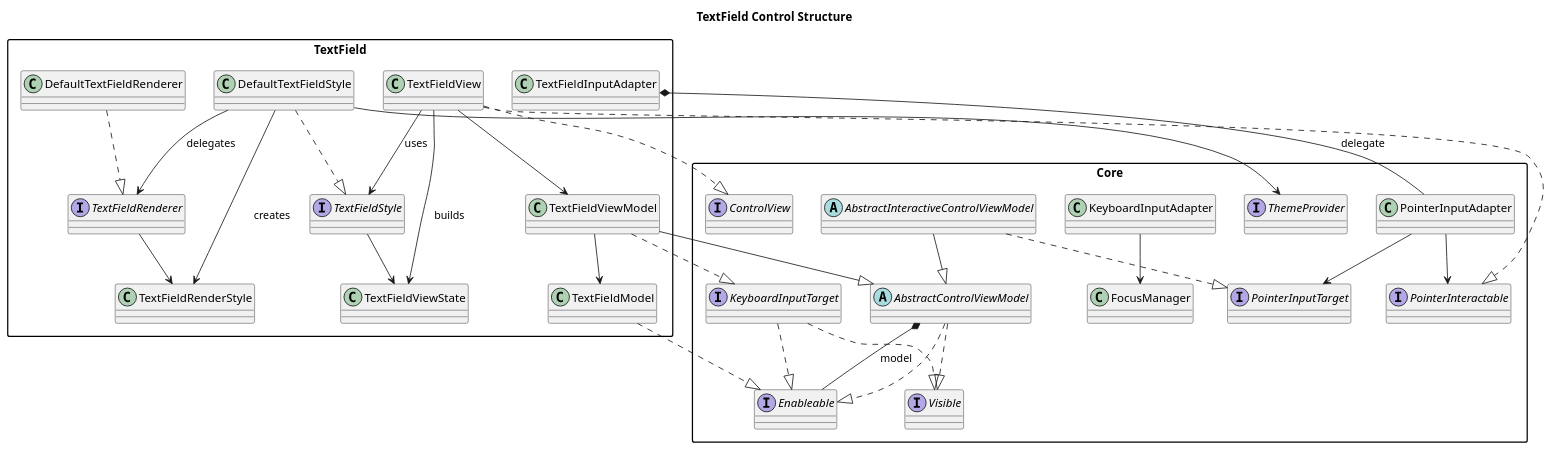
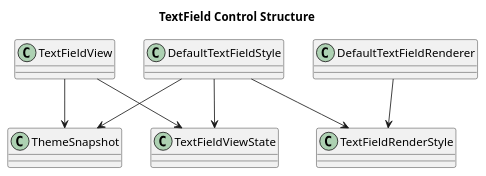
Before and after one commit to cdpoloz/cpz-mvvm-processing-controls: the diagram in docs/uml/control_textfield.puml, drawn with PlantUML. The commit also changed 53 other files, not shown here.

```diff
--- a/docs/uml/control_textfield.puml
+++ b/docs/uml/control_textfield.puml
@@ -1,61 +1,19 @@
 @startuml
 title TextField Control Structure
 skinparam packageStyle rectangle
 skinparam shadowing false
 
-package "Core" {
-  interface Enableable
-  interface Visible
-  interface ControlView
-  interface PointerInputTarget
-  interface PointerInteractable
-  interface KeyboardInputTarget
-  abstract class AbstractControlViewModel
-  abstract class AbstractInteractiveControlViewModel
-  class PointerInputAdapter
-  class KeyboardInputAdapter
-  class FocusManager
-  interface ThemeProvider
-}
+class TextFieldView
+class TextFieldViewState
+class DefaultTextFieldStyle
+class TextFieldRenderStyle
+class DefaultTextFieldRenderer
+class ThemeSnapshot
 
-package "TextField" {
-  class TextFieldModel
-  class TextFieldViewModel
-  class TextFieldView
-  class TextFieldInputAdapter
-  class TextFieldViewState
-  interface TextFieldStyle
-  class DefaultTextFieldStyle
-  class TextFieldRenderStyle
-  interface TextFieldRenderer
-  class DefaultTextFieldRenderer
-}
-
-AbstractControlViewModel ..|> Visible
-AbstractControlViewModel ..|> Enableable
-AbstractInteractiveControlViewModel --|> AbstractControlViewModel
-AbstractInteractiveControlViewModel ..|> PointerInputTarget
-KeyboardInputTarget ..|> Visible
-KeyboardInputTarget ..|> Enableable
-TextFieldModel ..|> Enableable
-TextFieldViewModel --|> AbstractControlViewModel
-TextFieldViewModel ..|> KeyboardInputTarget
-TextFieldView ..|> ControlView
-TextFieldView ..|> PointerInteractable
-AbstractControlViewModel *-- Enableable : model
-TextFieldViewModel --> TextFieldModel
-TextFieldView --> TextFieldViewModel
-TextFieldView --> TextFieldViewState : builds
-TextFieldView --> TextFieldStyle : uses
-TextFieldStyle --> TextFieldViewState
-DefaultTextFieldStyle ..|> TextFieldStyle
-DefaultTextFieldStyle --> TextFieldRenderStyle : creates
-DefaultTextFieldStyle --> TextFieldRenderer : delegates
-DefaultTextFieldStyle --> ThemeProvider
-TextFieldRenderer --> TextFieldRenderStyle
-DefaultTextFieldRenderer ..|> TextFieldRenderer
-PointerInputAdapter --> PointerInteractable
-PointerInputAdapter --> PointerInputTarget
-KeyboardInputAdapter --> FocusManager
-TextFieldInputAdapter *-- PointerInputAdapter : delegate
+TextFieldView --> TextFieldViewState
+TextFieldView --> ThemeSnapshot
+DefaultTextFieldStyle --> TextFieldViewState
+DefaultTextFieldStyle --> ThemeSnapshot
+DefaultTextFieldStyle --> TextFieldRenderStyle
+DefaultTextFieldRenderer --> TextFieldRenderStyle
 @enduml
```
